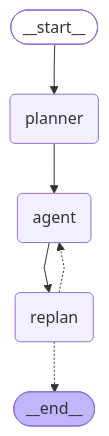
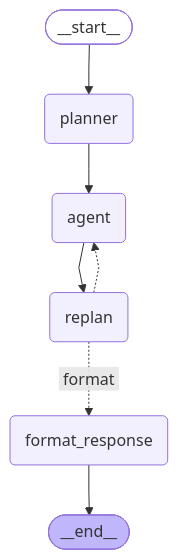
One commit to bitovi/bitbot changed the diagram in src/bitbot_langgraph/graphs/plan_and_execute/graph.mermaid.md. Above: the diagram before and after it, drawn with Mermaid. The commit also changed 9 other files, not shown here.

````diff
--- a/src/bitbot_langgraph/graphs/plan_and_execute/graph.mermaid.md
+++ b/src/bitbot_langgraph/graphs/plan_and_execute/graph.mermaid.md
@@ -2,18 +2,20 @@
 ```mermaid
 %%{init: {'flowchart': {'curve': 'linear'}}}%%
 graph TD;
 	__start__([__start__]):::first
 	planner(planner)
 	agent(agent)
 	replan(replan)
+	format_response(format_response)
 	__end__([__end__]):::last
 	__start__ --> planner;
 	agent --> replan;
+	format_response --> __end__;
 	planner --> agent;
 	replan -.-> agent;
-	replan -.-> __end__;
+	replan -. &nbspformat&nbsp .-> format_response;
 	classDef default fill:#f2f0ff,line-height:1.2
 	classDef first fill-opacity:0
 	classDef last fill:#bfb6fc
 
 ```
````
